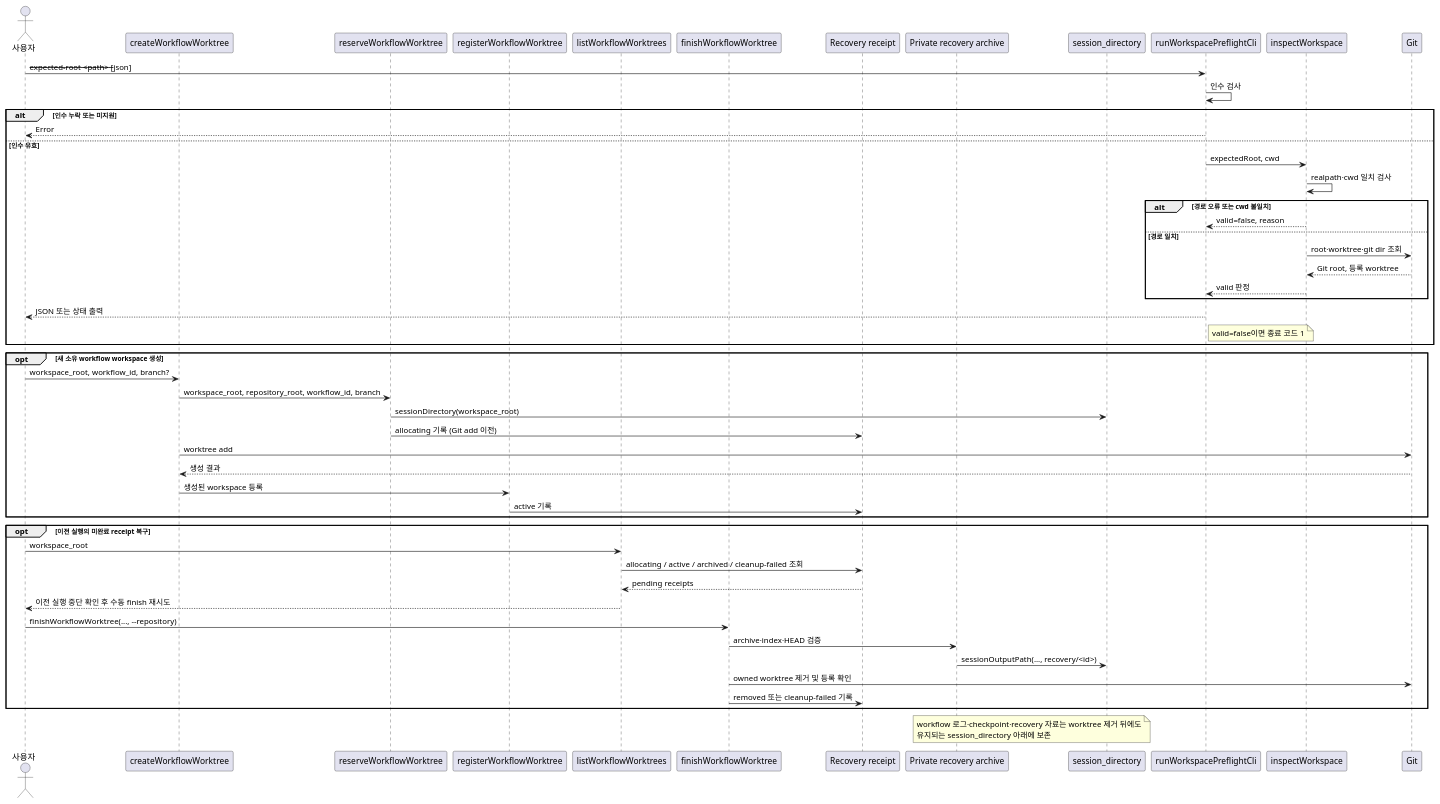
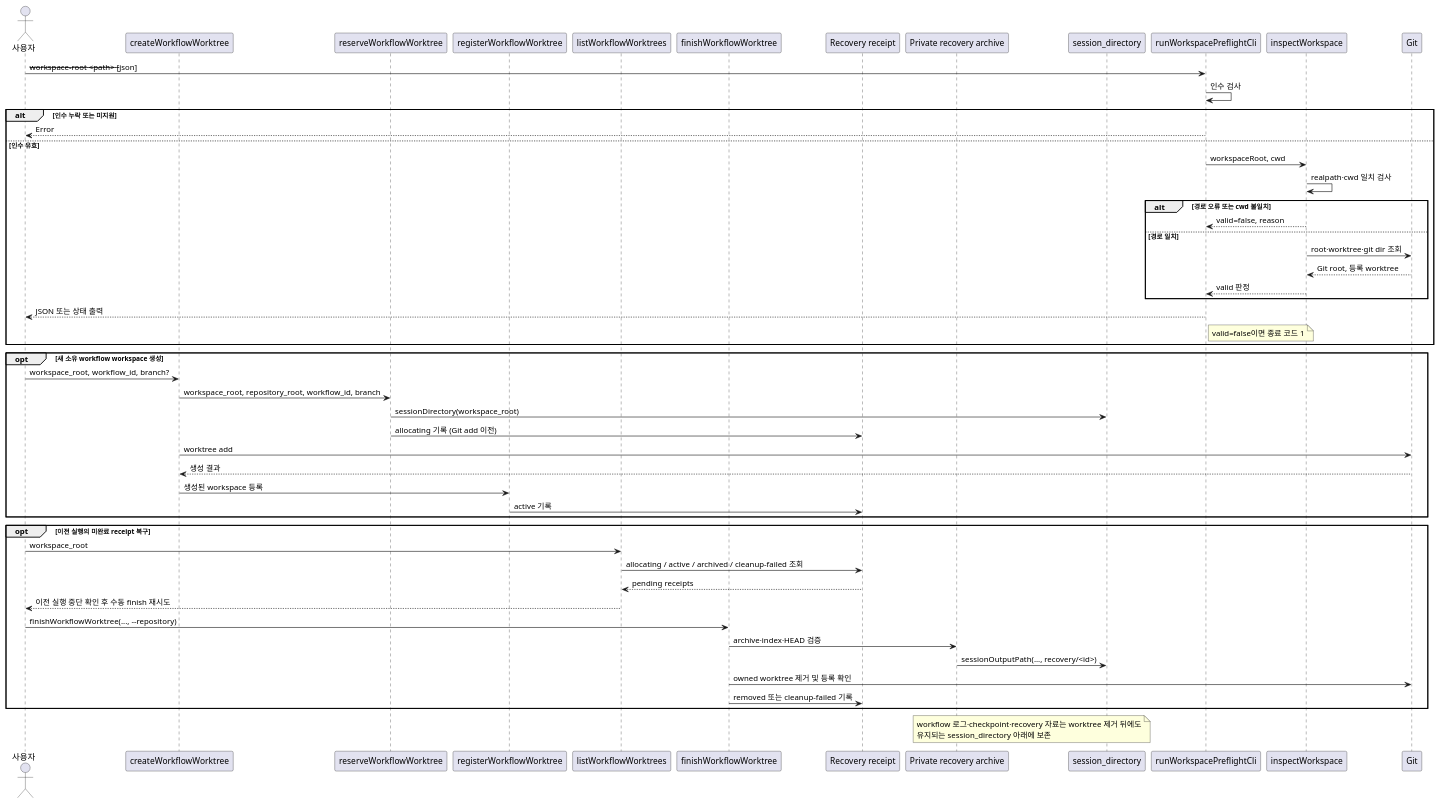
One commit to omegafrog/harness-codex changed the diagram in docs/contracts/diagrams/workspace.sequence.puml. Above: the diagram before and after it, drawn with PlantUML. The commit also changed 47 other files, not shown here.

```diff
--- a/docs/contracts/diagrams/workspace.sequence.puml
+++ b/docs/contracts/diagrams/workspace.sequence.puml
@@ -1,58 +1,58 @@
 @startuml
 actor 사용자
 participant "createWorkflowWorktree" as create
 participant "reserveWorkflowWorktree" as reserve
 participant "registerWorkflowWorktree" as register
 participant "listWorkflowWorktrees" as list
 participant "finishWorkflowWorktree" as finish
 participant "Recovery receipt" as receipt
 participant "Private recovery archive" as archive
 participant "session_directory" as session
 participant "runWorkspacePreflightCli" as cli
 participant "inspectWorkspace" as inspect
 participant Git as git
-사용자 -> cli : --expected-root <path> [--json]
+사용자 -> cli : --workspace-root <path> [--json]
 cli -> cli : 인수 검사
 alt 인수 누락 또는 미지원
   cli --> 사용자 : Error
 else 인수 유효
-  cli -> inspect : expectedRoot, cwd
+  cli -> inspect : workspaceRoot, cwd
   inspect -> inspect : realpath·cwd 일치 검사
   alt 경로 오류 또는 cwd 불일치
     inspect --> cli : valid=false, reason
   else 경로 일치
     inspect -> git : root·worktree·git dir 조회
     git --> inspect : Git root, 등록 worktree
     inspect --> cli : valid 판정
   end
   cli --> 사용자 : JSON 또는 상태 출력
   note right of cli
     valid=false이면 종료 코드 1
   end note
 end
 opt 새 소유 workflow workspace 생성
   사용자 -> create : workspace_root, workflow_id, branch?
   create -> reserve : workspace_root, repository_root, workflow_id, branch
   reserve -> session : sessionDirectory(workspace_root)
   reserve -> receipt : allocating 기록 (Git add 이전)
   create -> git : worktree add
   git --> create : 생성 결과
   create -> register : 생성된 workspace 등록
   register -> receipt : active 기록
 end
 opt 이전 실행의 미완료 receipt 복구
   사용자 -> list : workspace_root
   list -> receipt : allocating / active / archived / cleanup-failed 조회
   receipt --> list : pending receipts
   list --> 사용자 : 이전 실행 중단 확인 후 수동 finish 재시도
   사용자 -> finish : finishWorkflowWorktree(..., --repository)
   finish -> archive : archive·index·HEAD 검증
   archive -> session : sessionOutputPath(..., recovery/<id>)
   finish -> git : owned worktree 제거 및 등록 확인
   finish -> receipt : removed 또는 cleanup-failed 기록
 end
 note over session,archive
   workflow 로그·checkpoint·recovery 자료는 worktree 제거 뒤에도
   유지되는 session_directory 아래에 보존
 end note
 @enduml
```
